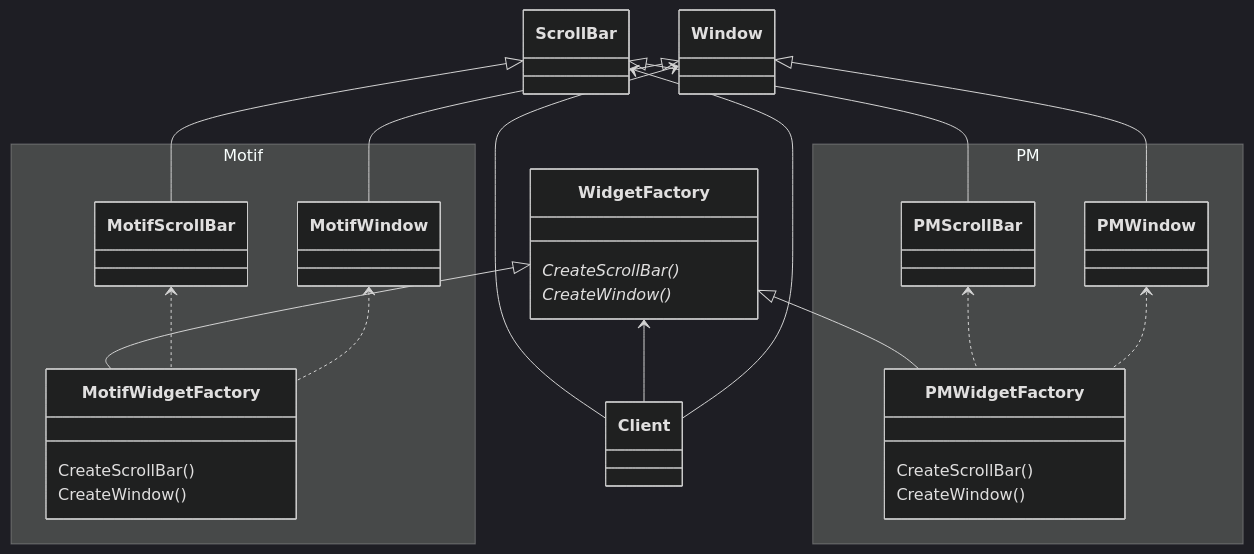
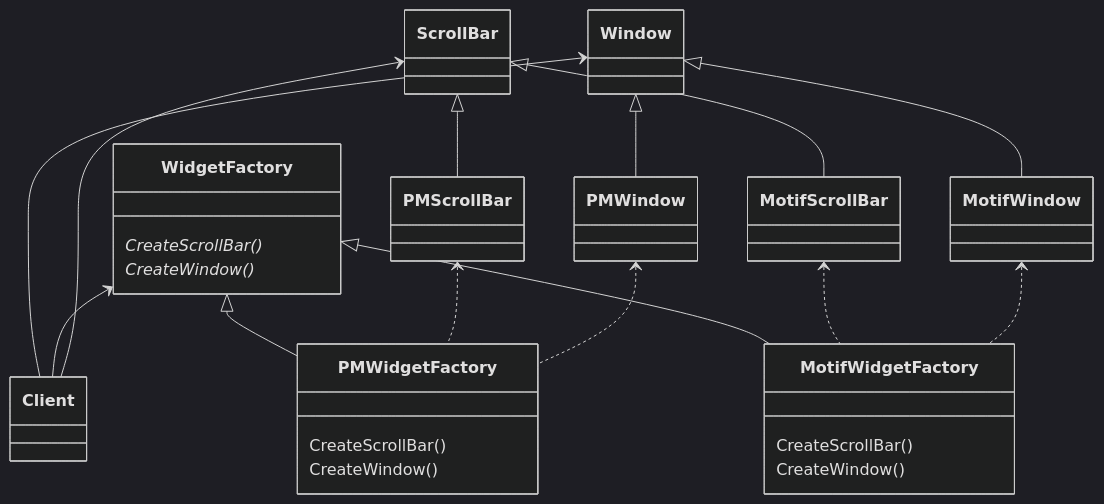
The diagram in Abstract Factory (абстрактная фабрика).md (akarmanov2022/notes), drawn with Mermaid (dark theme) before and after one commit. The commit also changed other lines of this file and 3 other files, not shown here.

````diff
--- a/Abstract Factory (абстрактная фабрика).md
+++ b/Abstract Factory (абстрактная фабрика).md
@@ -12,49 +15,41 @@
 ```mermaid
 classDiagram  
     class Client  
     class Window  
     class ScrollBar  
   
     class WidgetFactory {  
         CreateScrollBar()*  
         CreateWindow()*  
     }  
-    namespace Motif {  
-        class MotifWidgetFactory {  
-            CreateScrollBar()  
-            CreateWindow()  
-        }  
-        class MotifWindow  
-        class MotifScrollBar  
+    class PMWidgetFactory {  
+        CreateScrollBar()  
+        CreateWindow()  
     }  
-    namespace PM {  
-        class PMWidgetFactory {  
-            CreateScrollBar()  
-            CreateWindow()  
-        }  
+    class MotifWidgetFactory {  
+        CreateScrollBar()  
+        CreateWindow()  
+    }  
+    class MotifWindow  
+    class MotifScrollBar  
+    class PMWindow  
+    class PMScrollBar  
   
-        class PMWindow  
-        class PMScrollBar  
-    }  
   
     Window <-- Client  
+    Window <|-- PMWindow  
+    Window <|-- MotifWindow  
     WidgetFactory <-- Client  
+    WidgetFactory <|-- MotifWidgetFactory  
+    WidgetFactory <|-- PMWidgetFactory  
     ScrollBar <-- Client  
-  
-  
-  
     ScrollBar <|-- PMScrollBar  
     ScrollBar <|-- MotifScrollBar  
   
-    Window <|-- PMWindow  
-    Window <|-- MotifWindow  
-  
-    WidgetFactory <|-- MotifWidgetFactory  
-    WidgetFactory <|-- PMWidgetFactory  
   
     PMScrollBar <.. PMWidgetFactory  
     PMWindow <.. PMWidgetFactory  
   
     MotifScrollBar <.. MotifWidgetFactory  
     MotifWindow <.. MotifWidgetFactory
 ```
````
